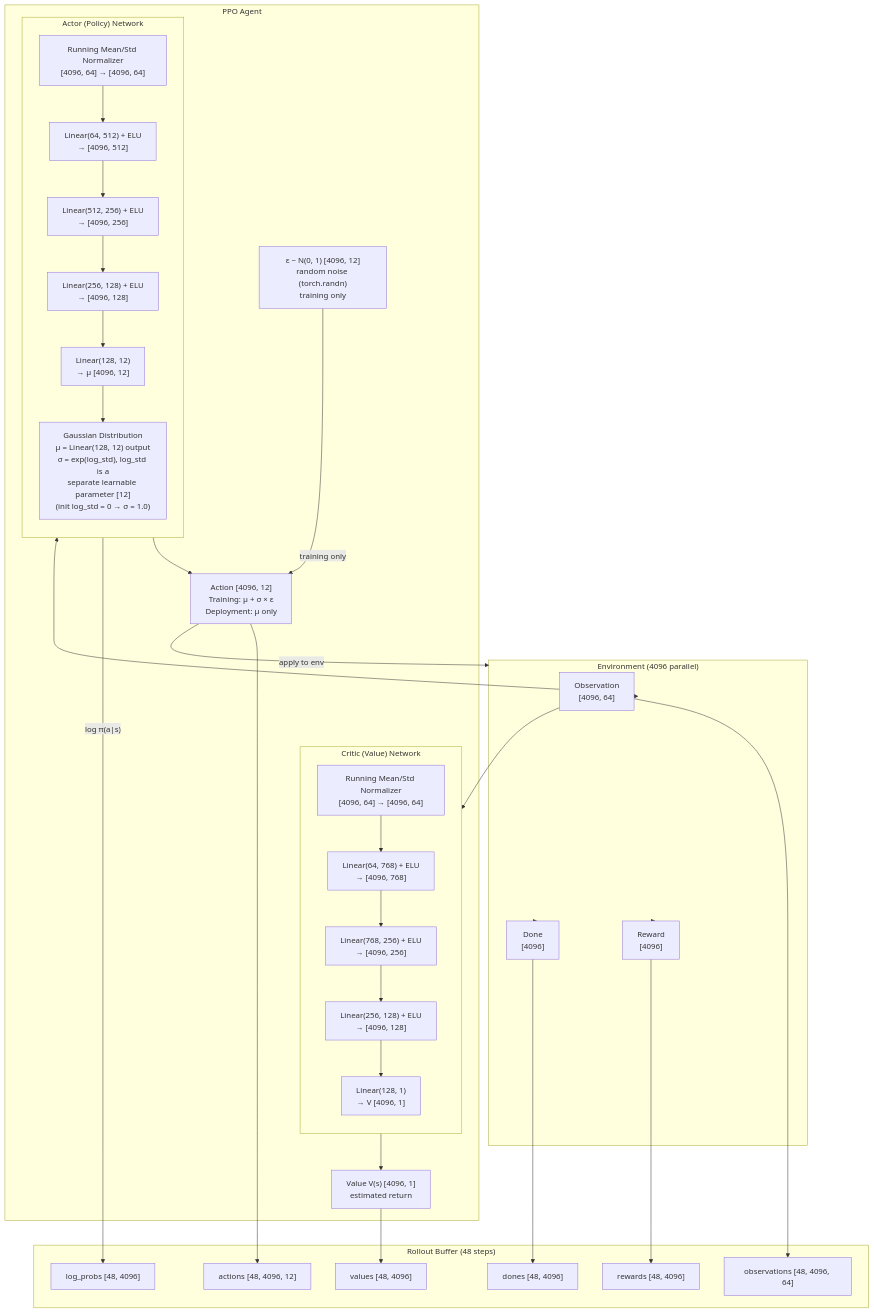
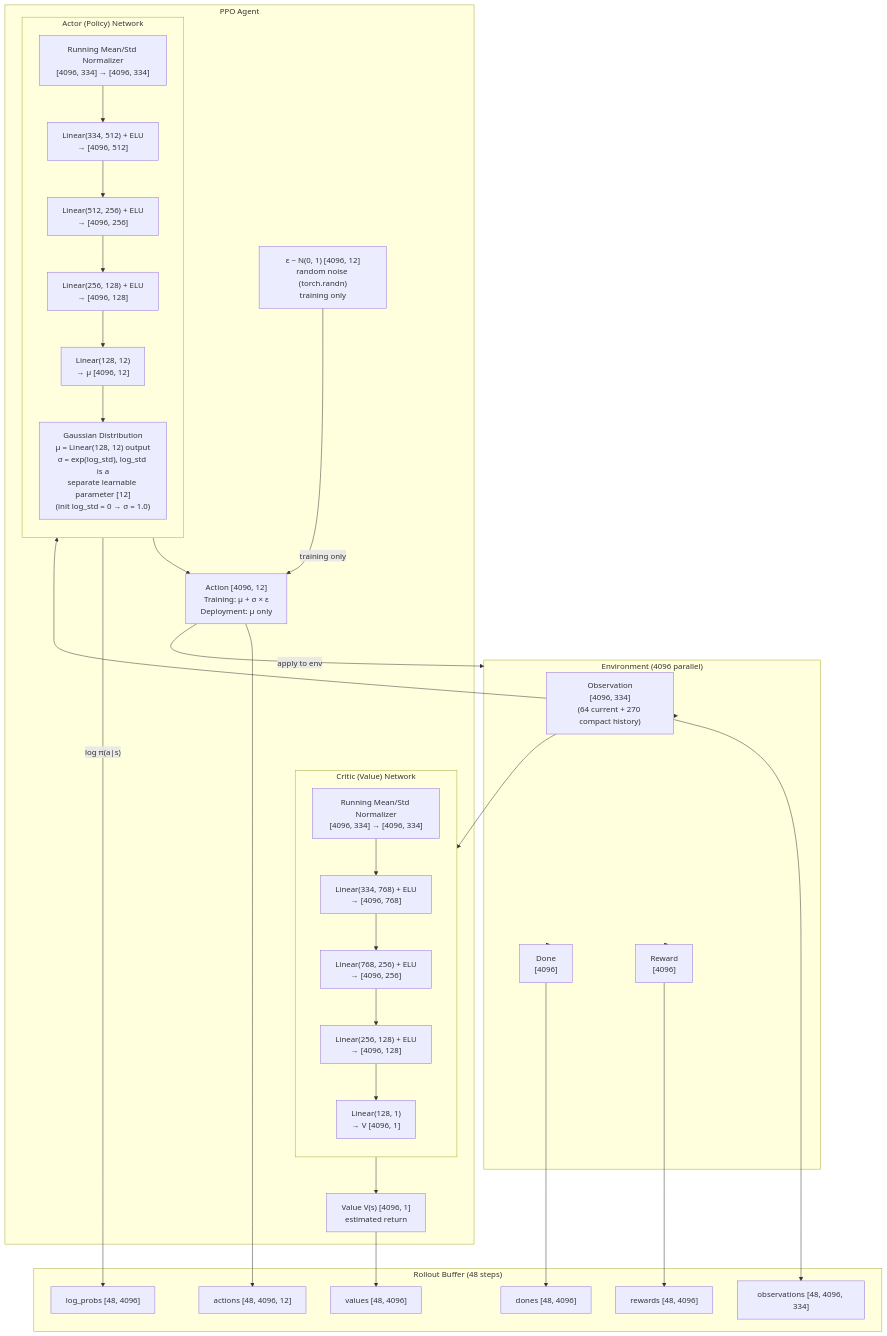
The first of 9 diagrams in docs/PPO_NETWORK.md (armmarov/armrobot), drawn with Mermaid before and after one commit. The commit also changed other lines of this file and 14 other files, not shown here.

````diff
--- a/docs/PPO_NETWORK.md
+++ b/docs/PPO_NETWORK.md
@@ -5,62 +5,62 @@
 ```mermaid
 flowchart TB
     subgraph ENV["Environment (4096 parallel)"]
-        OBS["Observation<br/>[4096, 64]"]
+        OBS["Observation<br/>[4096, 334]<br/>(64 current + 270 compact history)"]
         REW["Reward<br/>[4096]"]
         DONE["Done<br/>[4096]"]
     end
 
     subgraph AGENT["PPO Agent"]
         subgraph ACTOR["Actor (Policy) Network"]
             direction TB
-            A_NORM["Running Mean/Std Normalizer<br/>[4096, 64] → [4096, 64]"]
-            A_L1["Linear(64, 512) + ELU<br/>→ [4096, 512]"]
+            A_NORM["Running Mean/Std Normalizer<br/>[4096, 334] → [4096, 334]"]
+            A_L1["Linear(334, 512) + ELU<br/>→ [4096, 512]"]
             A_L2["Linear(512, 256) + ELU<br/>→ [4096, 256]"]
             A_L3["Linear(256, 128) + ELU<br/>→ [4096, 128]"]
             A_OUT["Linear(128, 12)<br/>→ μ [4096, 12]"]
             A_DIST["Gaussian Distribution<br/>μ = Linear(128, 12) output<br/>σ = exp(log_std), log_std is a<br/>separate learnable parameter [12]<br/>(init log_std = 0 → σ = 1.0)"]
             A_NORM --> A_L1 --> A_L2 --> A_L3 --> A_OUT --> A_DIST
         end
 
         subgraph CRITIC["Critic (Value) Network"]
             direction TB
-            C_NORM["Running Mean/Std Normalizer<br/>[4096, 64] → [4096, 64]"]
-            C_L1["Linear(64, 768) + ELU<br/>→ [4096, 768]"]
+            C_NORM["Running Mean/Std Normalizer<br/>[4096, 334] → [4096, 334]"]
+            C_L1["Linear(334, 768) + ELU<br/>→ [4096, 768]"]
             C_L2["Linear(768, 256) + ELU<br/>→ [4096, 256]"]
             C_L3["Linear(256, 128) + ELU<br/>→ [4096, 128]"]
             C_OUT["Linear(128, 1)<br/>→ V [4096, 1]"]
             C_NORM --> C_L1 --> C_L2 --> C_L3 --> C_OUT
         end
 
         EPSILON["ε ~ N(0, 1) [4096, 12]<br/>random noise (torch.randn)<br/>training only"]
         ACTION["Action [4096, 12]<br/>Training: μ + σ × ε<br/>Deployment: μ only"]
         VALUE["Value V(s) [4096, 1]<br/>estimated return"]
 
         A_DIST --> ACTION
         EPSILON -->|"training only"| ACTION
         C_OUT --> VALUE
     end
 
     OBS --> A_NORM
     OBS --> C_NORM
     ACTION -->|"apply to env"| ENV
     ENV --> OBS
     ENV --> REW
     ENV --> DONE
 
     subgraph BUFFER["Rollout Buffer (48 steps)"]
-        BUF_OBS["observations [48, 4096, 64]"]
+        BUF_OBS["observations [48, 4096, 334]"]
         BUF_ACT["actions [48, 4096, 12]"]
         BUF_REW["rewards [48, 4096]"]
         BUF_VAL["values [48, 4096]"]
         BUF_LOG["log_probs [48, 4096]"]
         BUF_DONE["dones [48, 4096]"]
     end
 
     OBS --> BUF_OBS
     ACTION --> BUF_ACT
     REW --> BUF_REW
     VALUE --> BUF_VAL
     A_DIST -->|"log π(a|s)"| BUF_LOG
     DONE --> BUF_DONE
 ```
````
